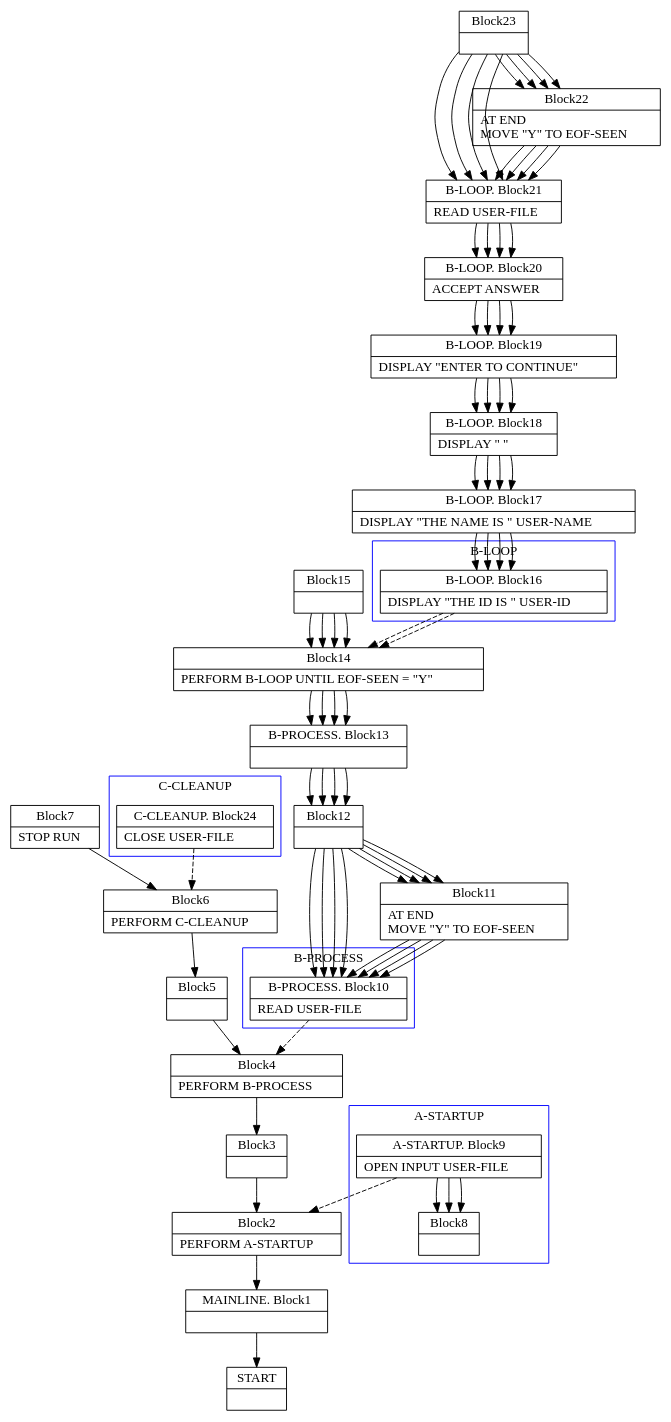
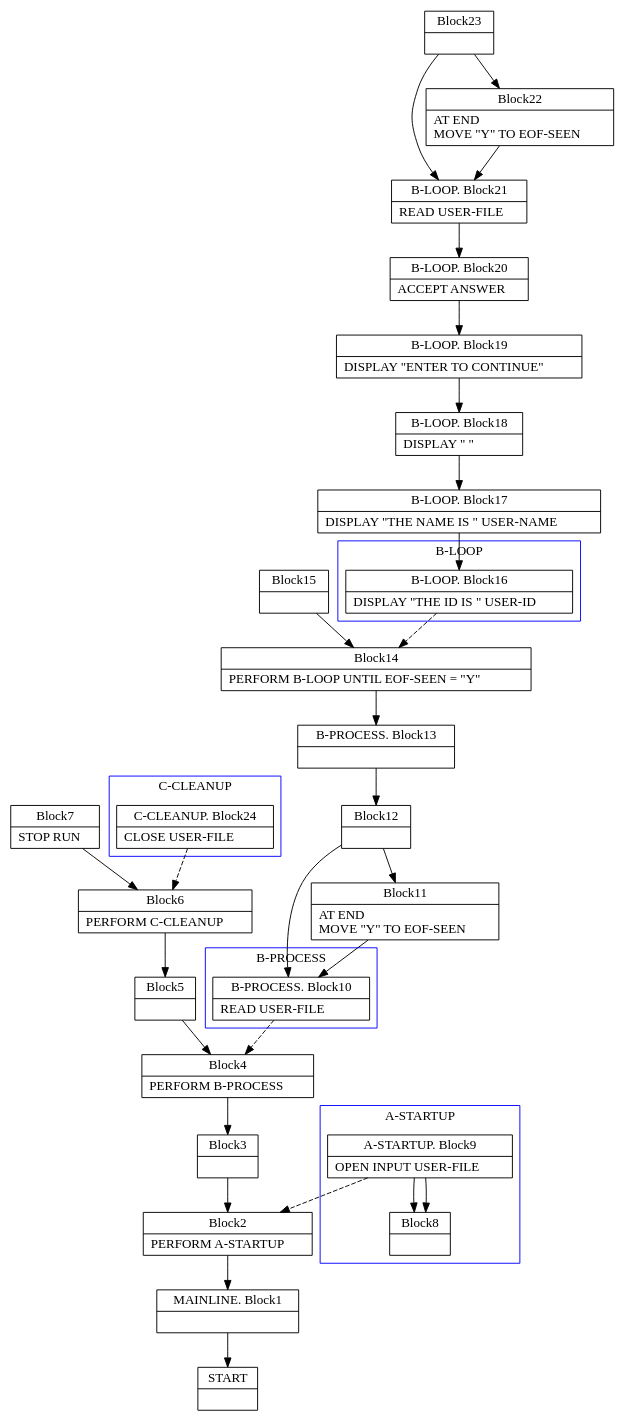
Before and after one commit to TypeCobolTeam/TypeCobol: the diagram in TypeCobol.Analysis.Test/DotOutput/InverseCfg/PerformProcedureInverse0.dot, drawn with Graphviz.

Commit message:
WI #1269 Test CFG dot graphs and visualization.

```diff
--- a/TypeCobol.Analysis.Test/DotOutput/InverseCfg/PerformProcedureInverse0.dot
+++ b/TypeCobol.Analysis.Test/DotOutput/InverseCfg/PerformProcedureInverse0.dot
@@ -126,59 +126,6 @@
 Block24 [
 label = "{C-CLEANUP. Block24|    CLOSE USER-FILE\l}"
 ]
-Block9 [
-label = "{A-STARTUP. Block9|    OPEN INPUT USER-FILE\l}"
-]
-Block8 [
-label = "{Block8|}"
-]
-Block15 [
-label = "{Block15|}"
-]
-Block14 [
-label = "{Block14|    PERFORM B-LOOP          UNTIL EOF-SEEN = \"Y\"\l}"
-]
-Block16 -> Block14 [style=dashed]
-
-Block13 [
-label = "{B-PROCESS. Block13|}"
-]
-Block12 [
-label = "{Block12|}"
-]
-Block10 [
-label = "{B-PROCESS. Block10|    READ USER-FILE\l}"
-]
-Block11 [
-label = "{Block11|        AT END\l           MOVE \"Y\" TO EOF-SEEN\l}"
-]
-Block24 [
-label = "{C-CLEANUP. Block24|    CLOSE USER-FILE\l}"
-]
-Block23 [
-label = "{Block23|}"
-]
-Block21 [
-label = "{B-LOOP. Block21|    READ USER-FILE\l}"
-]
-Block20 [
-label = "{B-LOOP. Block20|    ACCEPT ANSWER\l}"
-]
-Block19 [
-label = "{B-LOOP. Block19|    DISPLAY \"ENTER TO CONTINUE\"\l}"
-]
-Block18 [
-label = "{B-LOOP. Block18|    DISPLAY \" \"\l}"
-]
-Block17 [
-label = "{B-LOOP. Block17|    DISPLAY \"THE NAME IS \" USER-NAME\l}"
-]
-Block16 [
-label = "{B-LOOP. Block16|    DISPLAY \"THE ID IS \" USER-ID\l}"
-]
-Block22 [
-label = "{Block22|        AT END\l           MOVE \"Y\" TO EOF-SEEN\l}"
-]
 Block7 -> Block6
 Block6 -> Block5
 Block5 -> Block4
@@ -188,61 +135,18 @@
 Block1 -> Block0
 Block9 -> Block8
 Block15 -> Block14
-Block15 -> Block14
 Block14 -> Block13
-Block14 -> Block13
-Block13 -> Block12
 Block13 -> Block12
 Block12 -> Block10
 Block12 -> Block11
-Block12 -> Block10
-Block12 -> Block11
-Block11 -> Block10
 Block11 -> Block10
 Block23 -> Block21
 Block23 -> Block22
-Block23 -> Block21
-Block23 -> Block22
-Block21 -> Block20
 Block21 -> Block20
 Block20 -> Block19
-Block20 -> Block19
-Block19 -> Block18
 Block19 -> Block18
 Block18 -> Block17
-Block18 -> Block17
 Block17 -> Block16
-Block17 -> Block16
-Block22 -> Block21
-Block22 -> Block21
-Block9 -> Block8
-Block15 -> Block14
-Block15 -> Block14
-Block14 -> Block13
-Block14 -> Block13
-Block13 -> Block12
-Block13 -> Block12
-Block12 -> Block10
-Block12 -> Block11
-Block12 -> Block10
-Block12 -> Block11
-Block11 -> Block10
-Block11 -> Block10
-Block23 -> Block21
-Block23 -> Block22
-Block23 -> Block21
-Block23 -> Block22
-Block21 -> Block20
-Block21 -> Block20
-Block20 -> Block19
-Block20 -> Block19
-Block19 -> Block18
-Block19 -> Block18
-Block18 -> Block17
-Block18 -> Block17
-Block17 -> Block16
-Block17 -> Block16
-Block22 -> Block21
 Block22 -> Block21
 
 }
```
